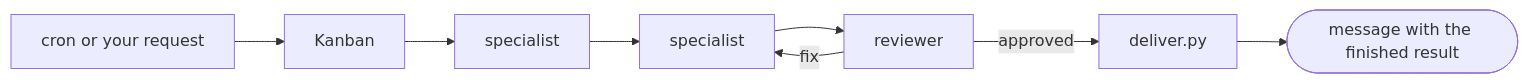
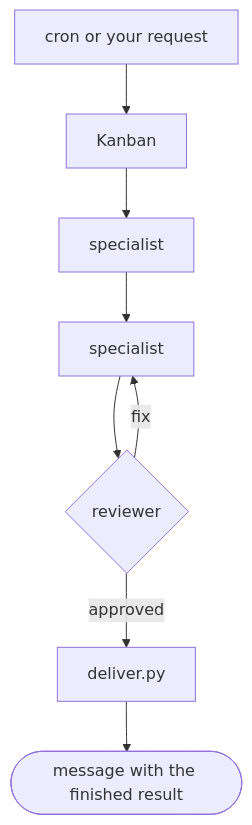
Before and after one commit to PuntoyComaTech/hermes-agent-squads: the second of 2 diagrams in README.md, drawn with Mermaid. The commit also changed other lines of this file and 3 other files, not shown here.

Commit message:
docs: add AGENTS.md, vertical README diagrams, fix stripped placeholder

````diff
--- a/README.md
+++ b/README.md
@@ -42,7 +43,8 @@
 ```mermaid
-flowchart LR
-    T[cron or your request] --> K[Kanban]
-    K --> S1[specialist] --> S2[specialist] --> R[reviewer]
-    R -- fix --> S2
-    R -- approved --> D[deliver.py] --> Msg([message with the finished result])
+flowchart TB
+    T["cron or your request"] --> K["Kanban"]
+    K --> S1["specialist"] --> S2["specialist"] --> R{"reviewer"}
+    R -->|"fix"| S2
+    R -->|"approved"| D["deliver.py"]
+    D --> Msg(["message with the finished result"])
 ```
````
